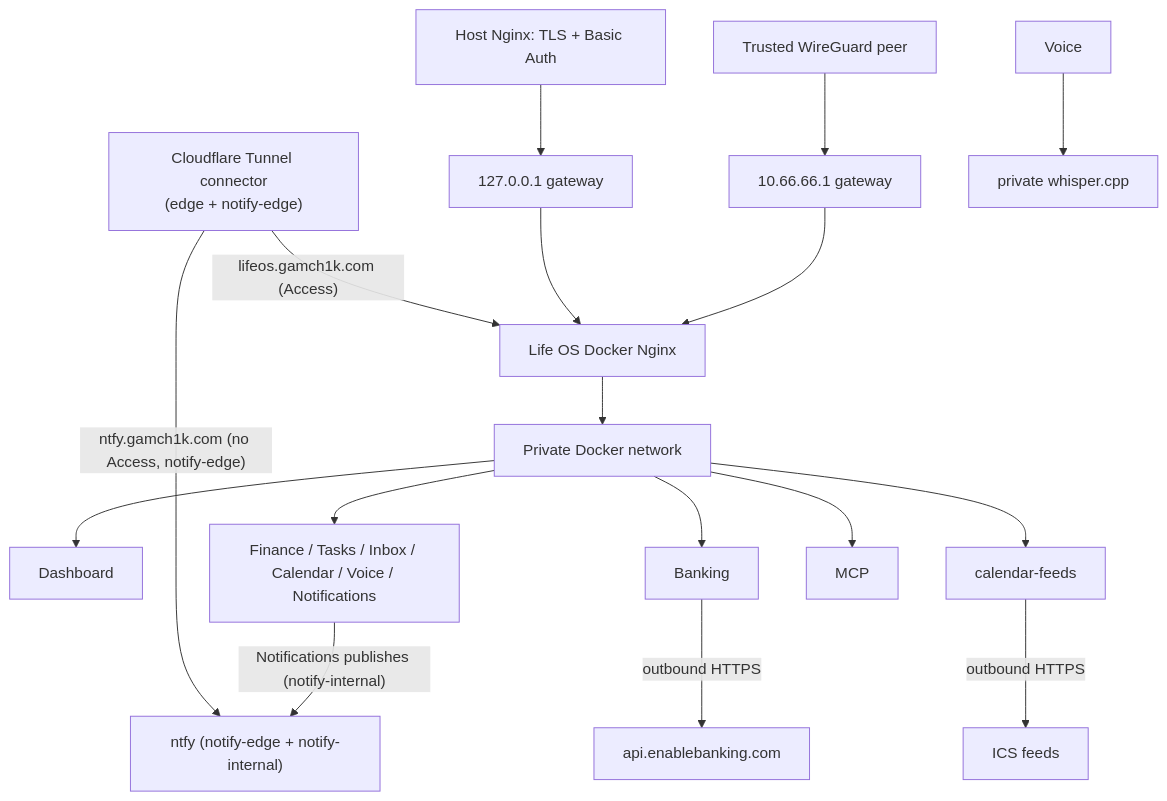
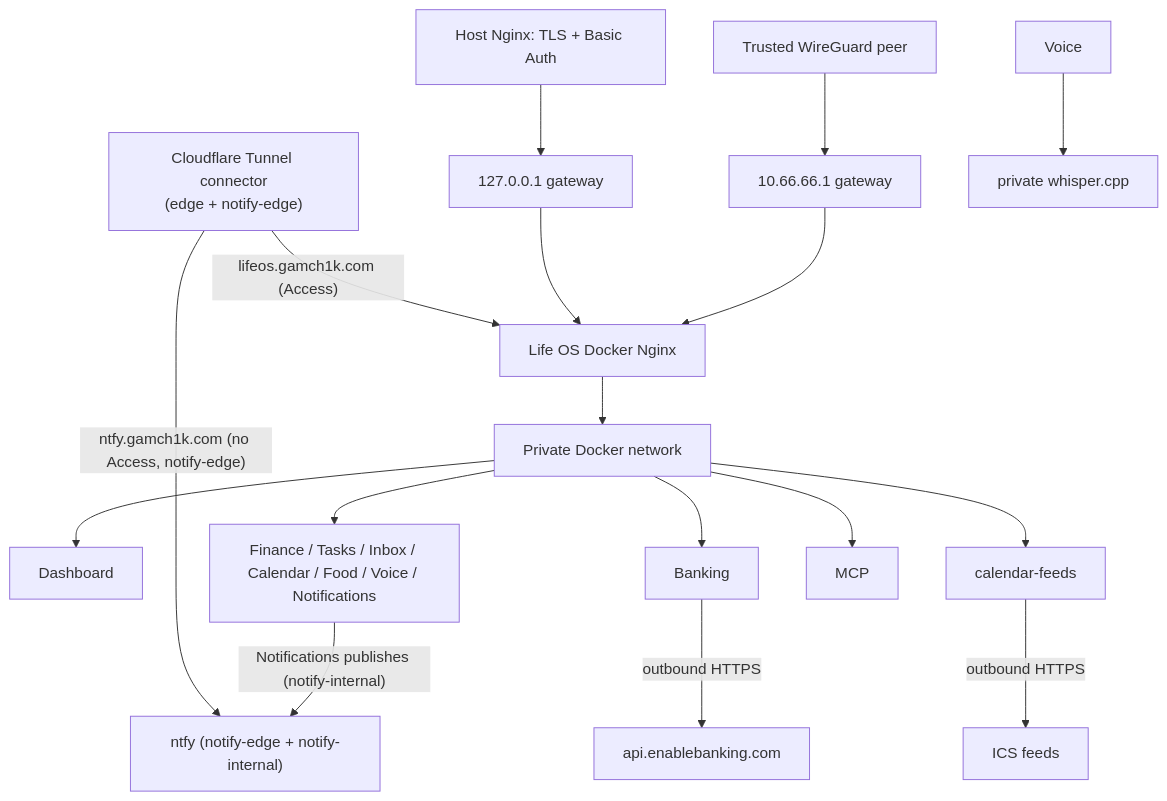
The diagram in docs/architecture/networking.md (GAMch1k/life-os), drawn with Mermaid before and after one commit. The commit also changed other lines of this file and 8 other files, not shown here.

````diff
--- a/docs/architecture/networking.md
+++ b/docs/architecture/networking.md
@@ -3,19 +3,19 @@
 ```mermaid
 flowchart TB
  Host[Host Nginx: TLS + Basic Auth] --> Loopback[127.0.0.1 gateway]
  WireGuard[Trusted WireGuard peer] --> WGGateway[10.66.66.1 gateway]
  Tunnel["Cloudflare Tunnel connector<br>(edge + notify-edge)"] -- "lifeos.gamch1k.com (Access)" --> Gateway
  Loopback --> Gateway[Life OS Docker Nginx]
  WGGateway --> Gateway
  Gateway --> Private[Private Docker network]
  Private --> Dashboard
- Private --> APIs[Finance / Tasks / Inbox / Calendar / Voice / Notifications]
+ Private --> APIs[Finance / Tasks / Inbox / Calendar / Food / Voice / Notifications]
  Private --> Banking
  Banking -- "outbound HTTPS" --> EB[api.enablebanking.com]
  Private --> Feeds[calendar-feeds]
  Feeds -- "outbound HTTPS" --> ICS[ICS feeds]
  Private --> MCP
  Voice --> Whisper[private whisper.cpp]
  Tunnel -- "ntfy.gamch1k.com (no Access, notify-edge)" --> Ntfy["ntfy (notify-edge + notify-internal)"]
  APIs -- "Notifications publishes (notify-internal)" --> Ntfy
 ```
````
